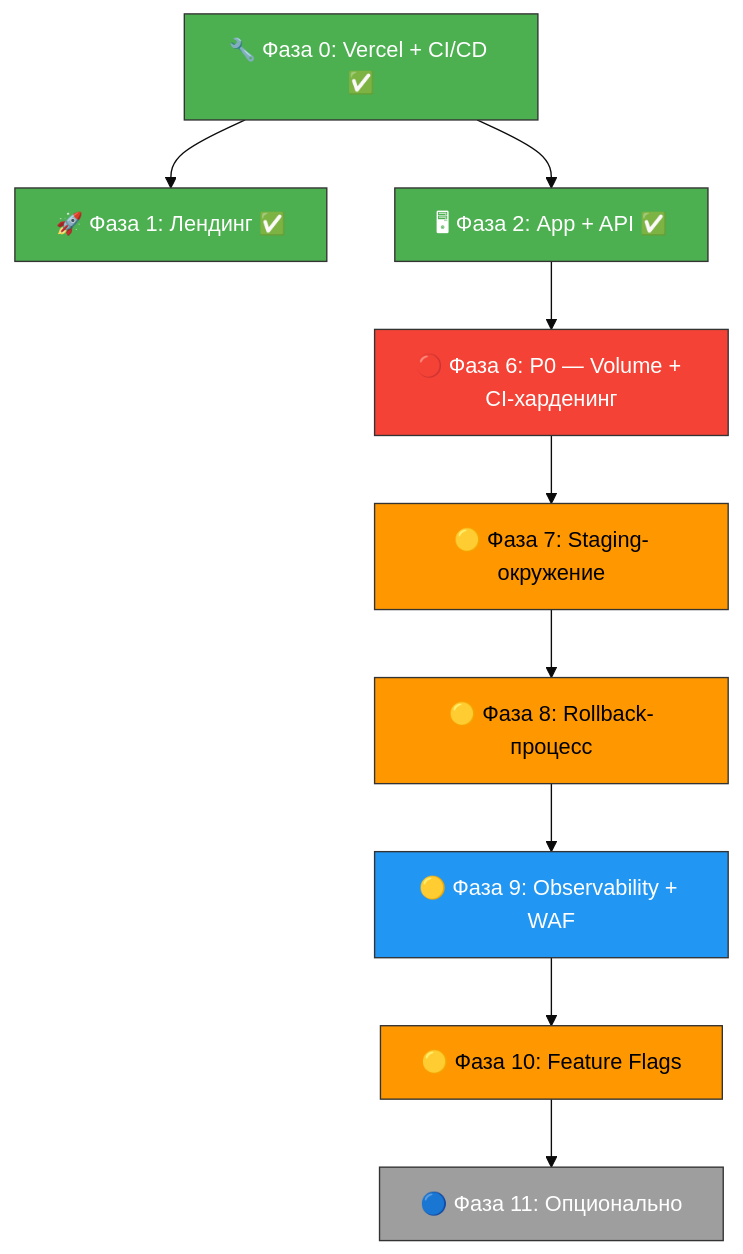
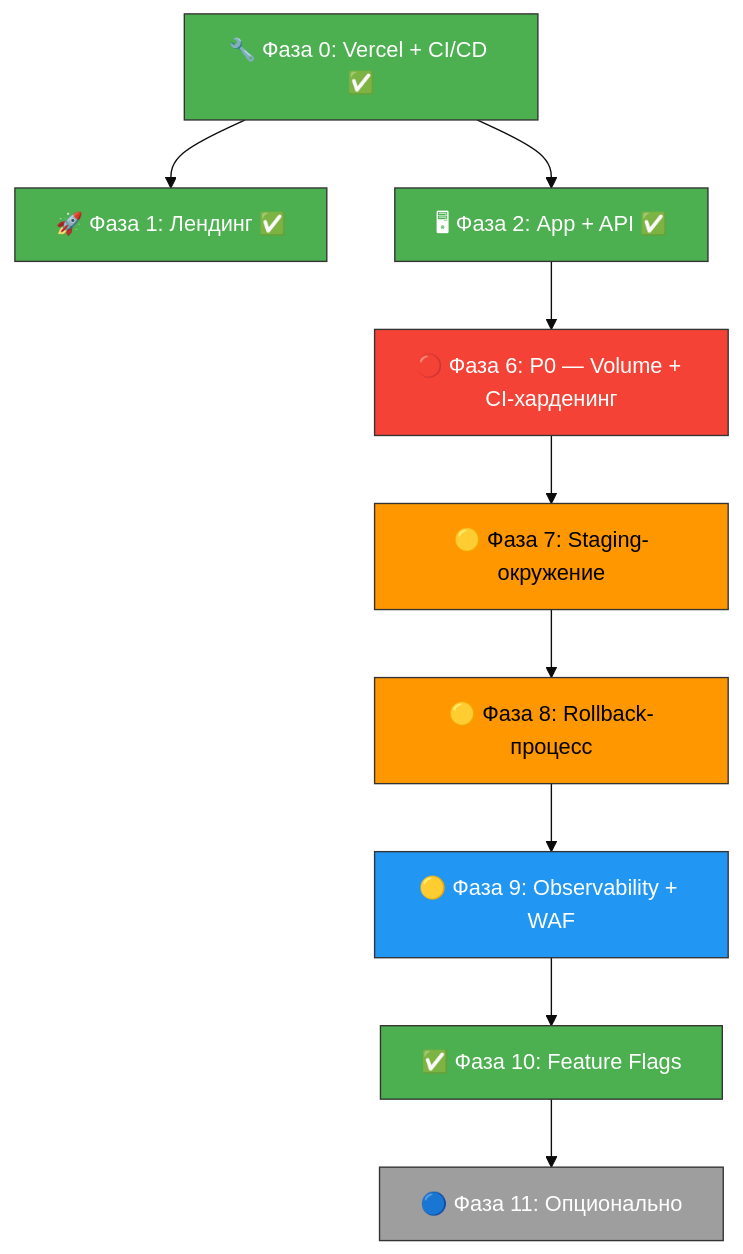
The diagram in docs/ARCHIVE/DEPLOYMENT-PLAN.md (vadagama/jazz-trainer), drawn with Mermaid (base theme) before and after one commit. The commit also changed other lines of this file and 10 other files, not shown here.

````diff
--- a/docs/ARCHIVE/DEPLOYMENT-PLAN.md
+++ b/docs/ARCHIVE/DEPLOYMENT-PLAN.md
@@ -422,31 +453,31 @@
 ```mermaid
 graph TD
     PHASE0["🔧 Фаза 0: Vercel + CI/CD ✅"]
     PHASE1["🚀 Фаза 1: Лендинг ✅"]
     PHASE2["🖥 Фаза 2: App + API ✅"]
     PHASE6["🔴 Фаза 6: P0 — Volume + CI-харденинг"]
     PHASE7["🟡 Фаза 7: Staging-окружение"]
     PHASE8["🟡 Фаза 8: Rollback-процесс"]
     PHASE9["🟡 Фаза 9: Observability + WAF"]
-    PHASE10["🟡 Фаза 10: Feature Flags"]
+    PHASE10["✅ Фаза 10: Feature Flags"]
     PHASE11["🔵 Фаза 11: Опционально"]
 
     PHASE0 --> PHASE1
     PHASE0 --> PHASE2
     PHASE2 --> PHASE6
     PHASE6 --> PHASE7
     PHASE7 --> PHASE8
     PHASE8 --> PHASE9
     PHASE9 --> PHASE10
     PHASE10 --> PHASE11
 
     style PHASE0 fill:#4caf50,stroke:#333,color:#fff
     style PHASE1 fill:#4caf50,stroke:#333,color:#fff
     style PHASE2 fill:#4caf50,stroke:#333,color:#fff
     style PHASE6 fill:#f44336,stroke:#333,color:#fff
     style PHASE7 fill:#ff9800,stroke:#333,color:#000
     style PHASE8 fill:#ff9800,stroke:#333,color:#000
     style PHASE9 fill:#2196f3,stroke:#333,color:#fff
-    style PHASE10 fill:#ff9800,stroke:#333,color:#000
+    style PHASE10 fill:#4caf50,stroke:#333,color:#fff
     style PHASE11 fill:#9e9e9e,stroke:#333,color:#fff
 ```
````
